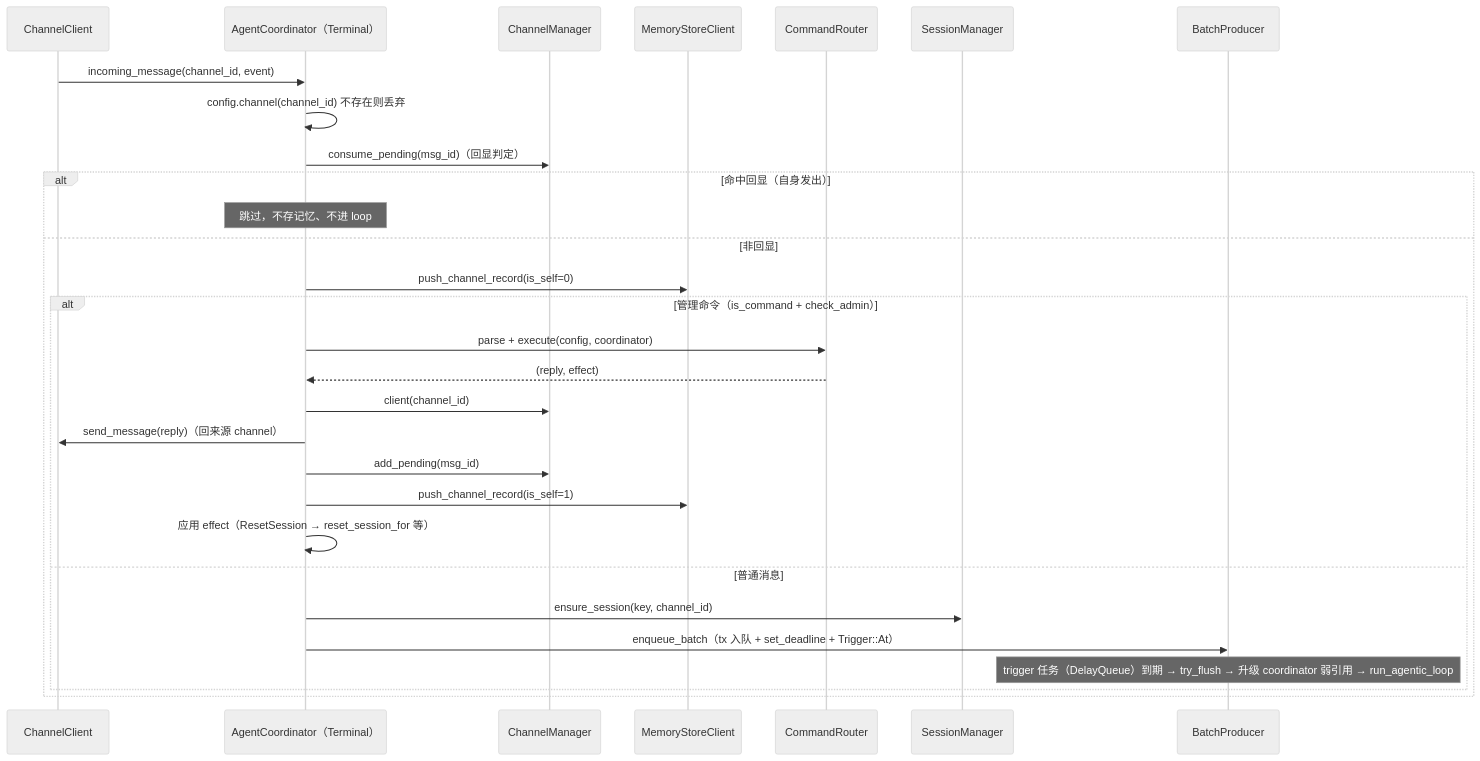
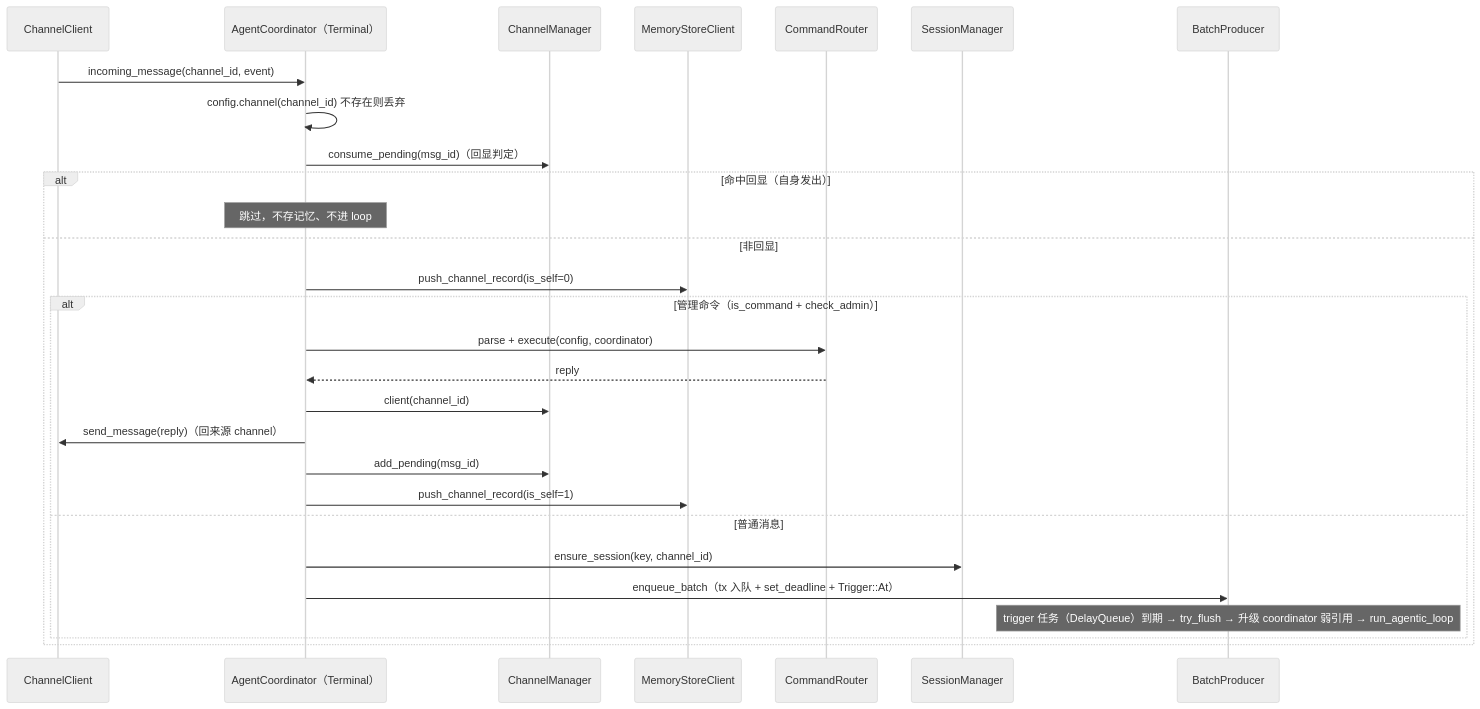
Before and after one commit to coldcloude/kissbot: the third of 5 diagrams in docs/spec/kissbot-agent-modules.md, drawn with Mermaid (neutral theme). The commit also changed other lines of this file, not shown here.

Commit message:
docs: 同步移除 /reset 后的命令描述与上下文构建/溢出时序（build_role_context 共用、共通 Forced flush）

````diff
--- a/docs/spec/kissbot-agent-modules.md
+++ b/docs/spec/kissbot-agent-modules.md
@@ -112,32 +112,31 @@
 ```mermaid
 sequenceDiagram
     participant CC as ChannelClient
     participant CO as AgentCoordinator（Terminal）
     participant CHM as ChannelManager
     participant MSC as MemoryStoreClient
     participant CRT as CommandRouter
     participant SM as SessionManager
     participant BP as BatchProducer
 
     CC->>CO: incoming_message(channel_id, event)
     CO->>CO: config.channel(channel_id) 不存在则丢弃
     CO->>CHM: consume_pending(msg_id)（回显判定）
     alt 命中回显（自身发出）
         Note over CO: 跳过，不存记忆、不进 loop
     else 非回显
         CO->>MSC: push_channel_record(is_self=0)
         alt 管理命令（is_command + check_admin）
             CO->>CRT: parse + execute(config, coordinator)
-            CRT-->>CO: (reply, effect)
+            CRT-->>CO: reply
             CO->>CHM: client(channel_id)
             CO->>CC: send_message(reply)（回来源 channel）
             CO->>CHM: add_pending(msg_id)
             CO->>MSC: push_channel_record(is_self=1)
-            CO->>CO: 应用 effect（ResetSession → reset_session_for 等）
         else 普通消息
             CO->>SM: ensure_session(key, channel_id)
             CO->>BP: enqueue_batch（tx 入队 + set_deadline + Trigger::At）
             Note over BP: trigger 任务（DelayQueue）到期 → try_flush → 升级 coordinator 弱引用 → run_agentic_loop
         end
     end
 ```
````
